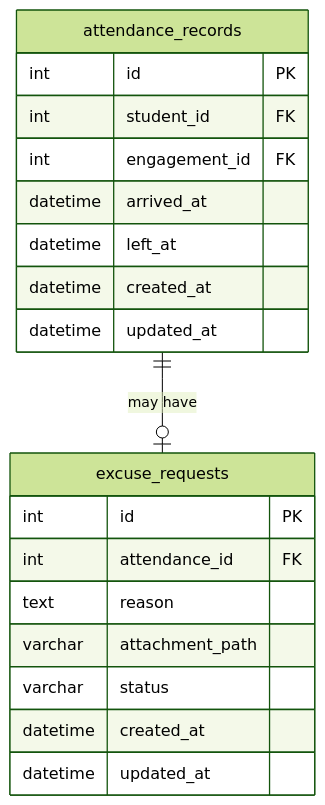
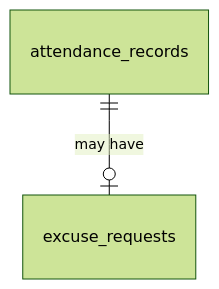
One commit to AndrewEmad14/attendance-and-grading-platform-backend changed the fourth of 5 diagrams in README.md. Above: the diagram before and after it, drawn with Mermaid (forest theme). The commit also changed other lines of this file and 3 other files, not shown here.

````diff
--- a/README.md
+++ b/README.md
@@ -736,24 +176,6 @@
 ```mermaid
 erDiagram
-    attendance_records {
-        int id PK
-        int student_id FK
-        int engagement_id FK
-        datetime arrived_at
-        datetime left_at
-        datetime created_at
-        datetime updated_at
-    }
-
-    excuse_requests {
-        int id PK
-        int attendance_id FK
-        text reason
-        varchar attachment_path
-        varchar status
-        datetime created_at
-        datetime updated_at
-    }
-
+    attendance_records {}
+    excuse_requests {}
     attendance_records ||--o| excuse_requests : "may have"
 ```
````
